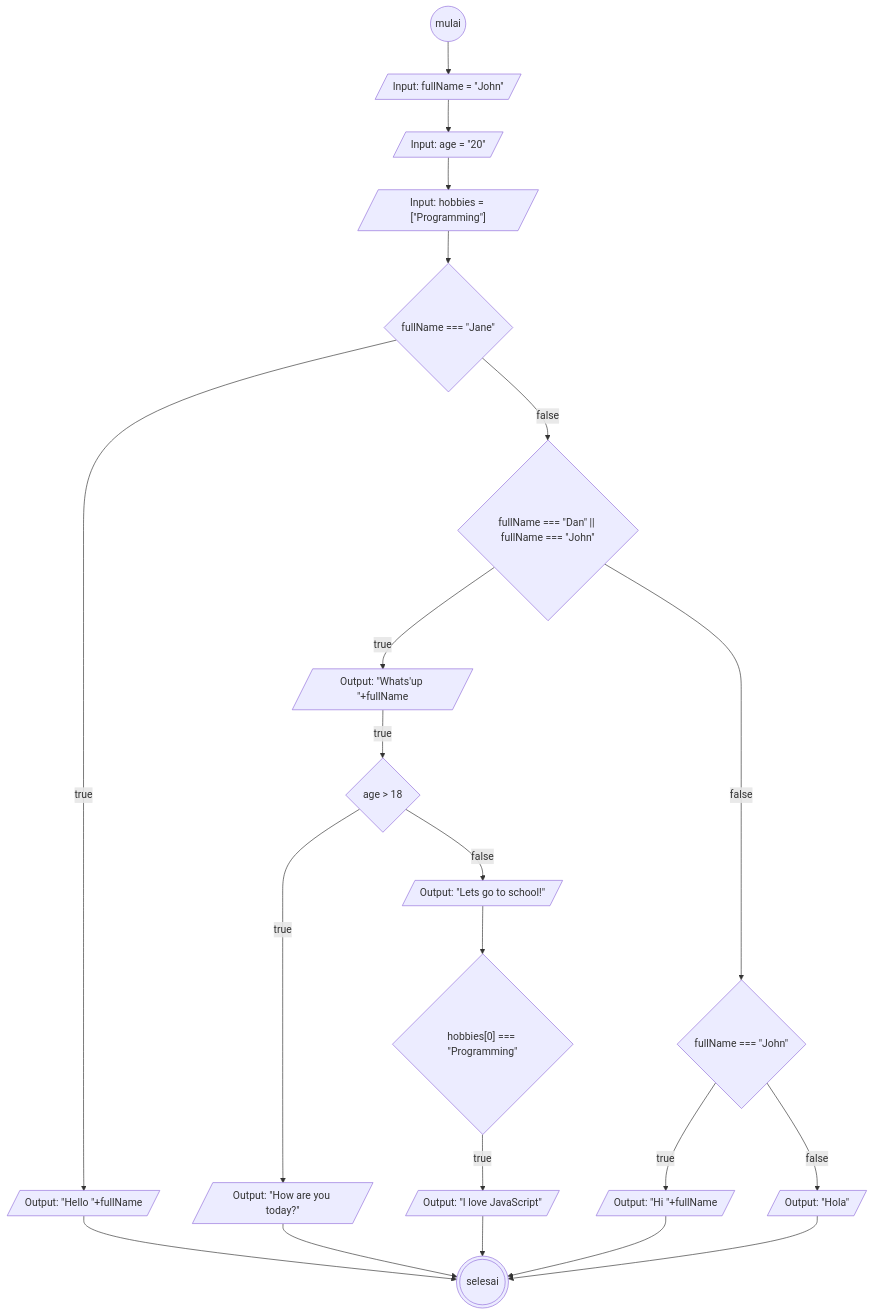
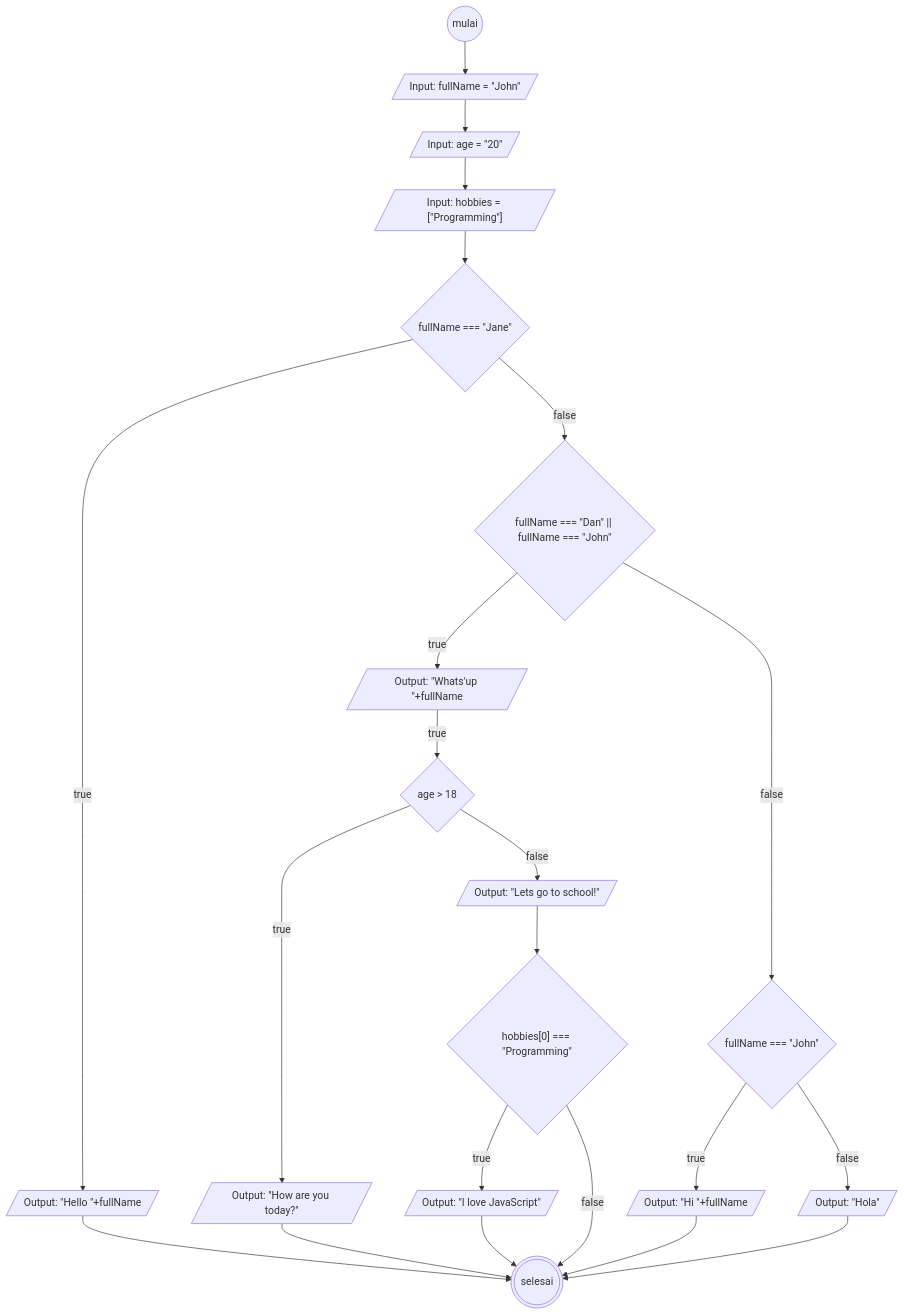
The diagram in task3.md (alhilalfathi/koda-b6-javascript1), drawn with Mermaid before and after one commit.

````diff
--- a/task3.md
+++ b/task3.md
@@ -1,42 +1,43 @@
 ```mermaid
 flowchart TD
     mulai@{ shape: circle}
     inputName@{ shape: lean-r, label: "Input: fullName = #quot;John#quot;"}
     inputAge@{ shape: lean-r, label: "Input: age = #quot;20#quot;"}
     inputHobbies@{ shape: lean-r, label: "Input: hobbies = [#quot;Programming#quot;]"}
 
     ifJane@{ shape: diamond, label: "fullName === #quot;Jane#quot;"}
 
     trueJane@{ shape: lean-r, label: "Output: #quot;Hello #quot;+fullName"}
 
     falseJane@{ shape: diamond, label: "fullName === #quot;Dan#quot; || fullName === #quot;John#quot;"}
 
     trueDan1@{ shape: lean-r, label: "Output: #quot;Whats'up #quot;+fullName"}
 
     ifAge@{ shape: diamond, label: "age > 18"}
     ageTrue@{ shape: lean-r, label: "Output: #quot;How are you today?#quot;"}
 
     ageFalse@{ shape: lean-r, label: "Output: #quot;Lets go to school!#quot;"}
 
     ifHobbies@{ shape: diamond, label: "hobbies[0] === #quot;Programming#quot;"}
 
     hobbiesTrue@{ shape: lean-r, label: "Output: #quot;I love JavaScript#quot;"}
 
     falseDan@{ shape: diamond, label: "fullName === #quot;John#quot;"}
 
     trueJohn@{ shape: lean-r, label: "Output: #quot;Hi #quot;+fullName"}
     
     falseJohn@{ shape: lean-r, label: "Output: #quot;Hola#quot;"}
     selesai@{ shape: dbl-circ}
 
 
     mulai-->inputName-->inputAge-->inputHobbies-->ifJane
     ifJane--true-->trueJane-->selesai
     ifJane--false-->falseJane--true-->trueDan1
     trueDan1--true-->ifAge
     ifAge--true-->ageTrue-->selesai
     ifAge--false-->ageFalse-->ifHobbies
     ifHobbies--true-->hobbiesTrue-->selesai
     falseJane--false-->falseDan--true-->trueJohn-->selesai
     falseDan--false-->falseJohn-->selesai
+    ifHobbies--false-->selesai
 ```
````
